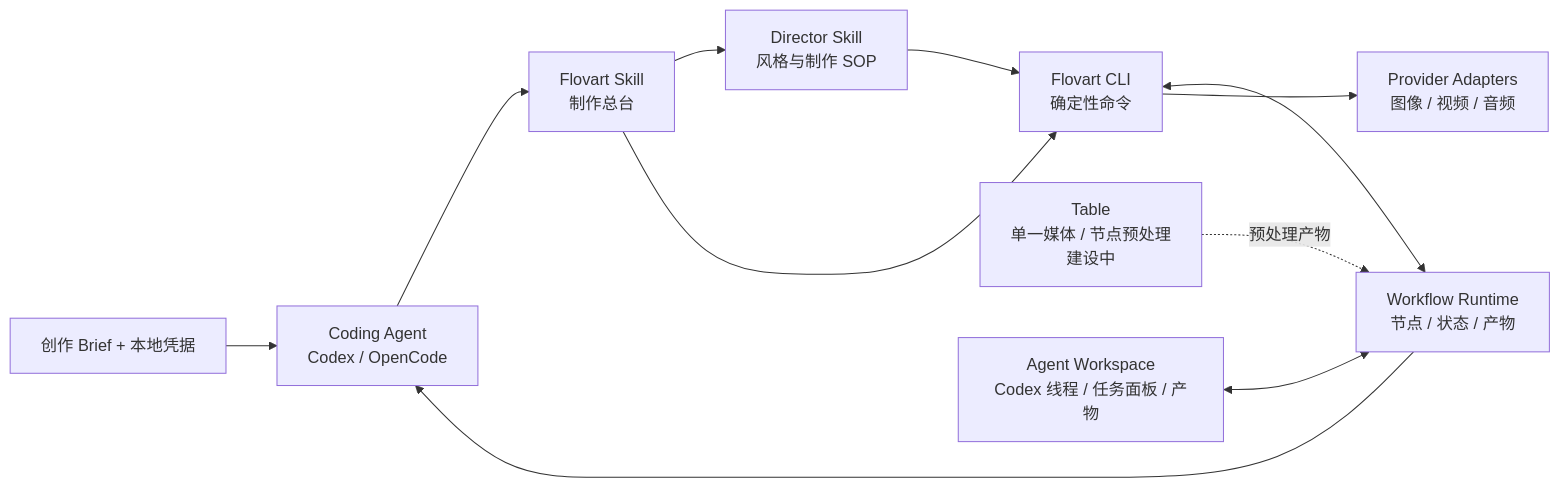
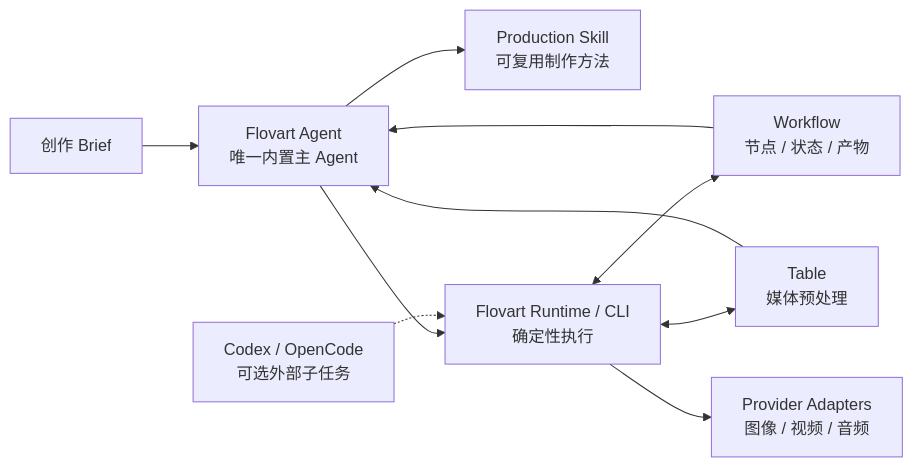
One commit to Paker-kk/Flovart changed the diagram in README.md. Above: the diagram before and after it, drawn with Mermaid. The commit also changed other lines of this file and 25 other files, not shown here.

Commit message:
fix(agent): clarify text setup and unify skill language

````diff
--- a/README.md
+++ b/README.md
@@ -74,13 +74,12 @@
 ```mermaid
 flowchart LR
-  B["创作 Brief + 本地凭据"] --> A["Coding Agent<br/>Codex / OpenCode"]
-  A --> P["Flovart Skill<br/>制作总台"]
-  P --> D["Director Skill<br/>风格与制作 SOP"]
-  P --> C["Flovart CLI<br/>确定性命令"]
-  D --> C
-  C <--> W["Workflow Runtime<br/>节点 / 状态 / 产物"]
-  T["Table<br/>单一媒体 / 节点预处理<br/>建设中"] -. "预处理产物" .-> W
-  G["Agent Workspace<br/>Codex 线程 / 任务面板 / 产物"] <--> W
+  B["创作 Brief"] --> A["Flovart Agent<br/>唯一内置主 Agent"]
+  A --> S["Production Skill<br/>可复用制作方法"]
+  A --> C["Flovart Runtime / CLI<br/>确定性执行"]
+  X["Codex / OpenCode<br/>可选外部子任务"] -.-> C
+  C <--> W["Workflow<br/>节点 / 状态 / 产物"]
+  C <--> T["Table<br/>媒体预处理"]
   C --> M["Provider Adapters<br/>图像 / 视频 / 音频"]
   W --> A
+  T --> A
 ```
````
